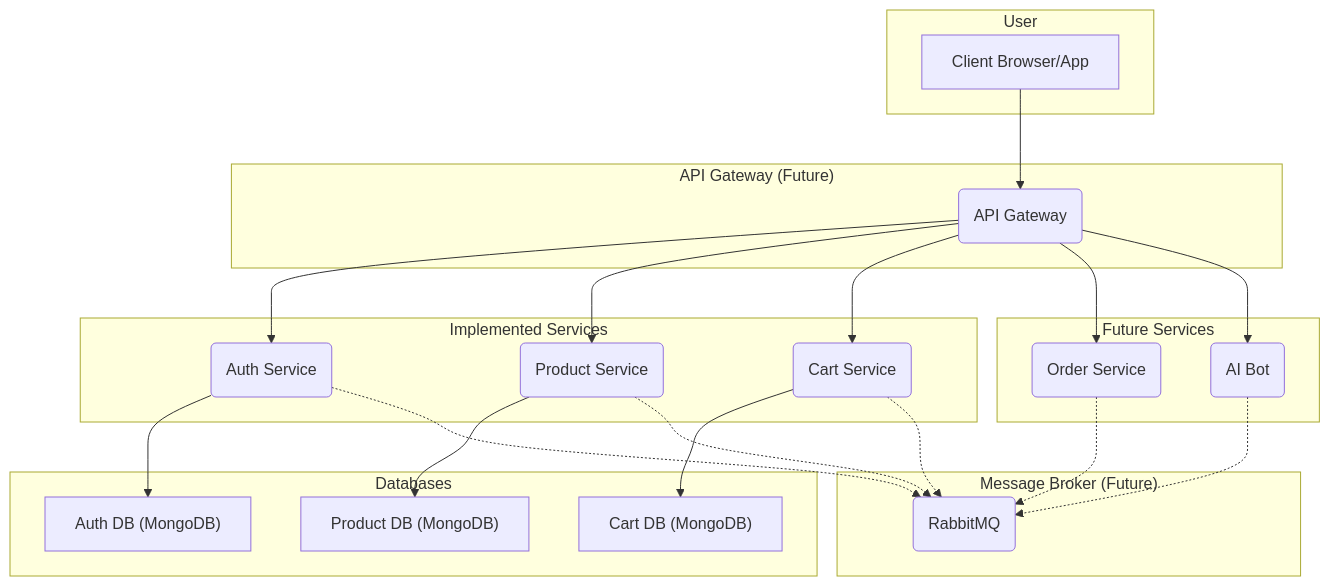
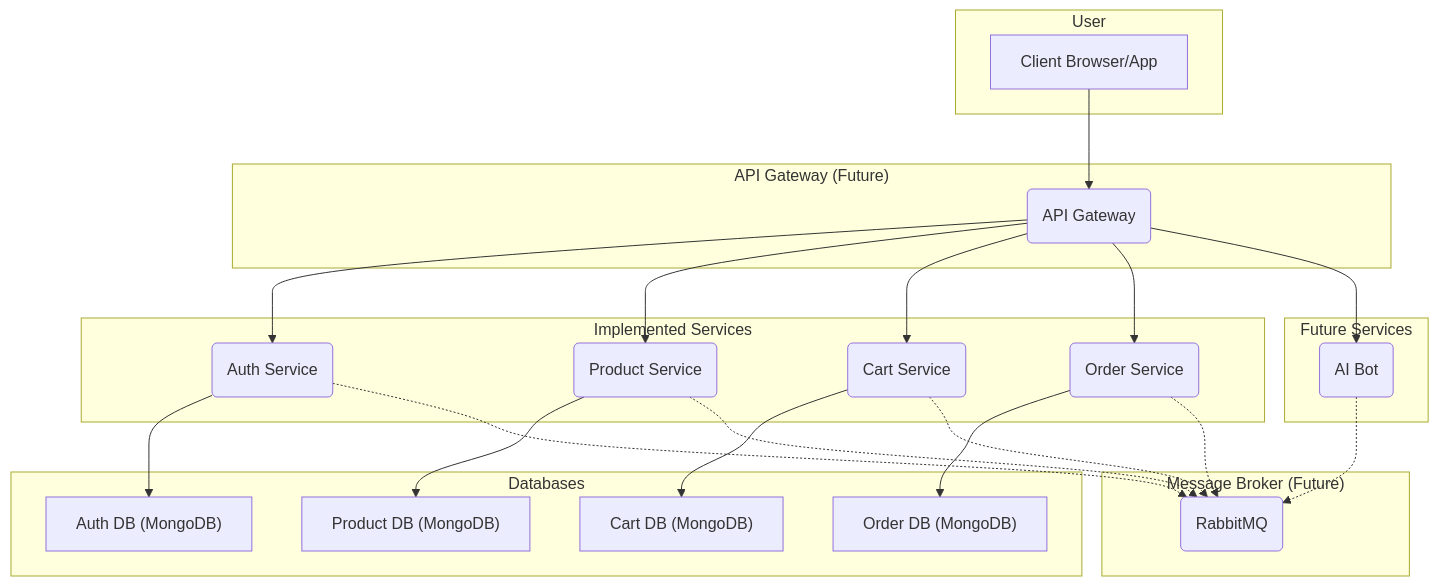
Before and after one commit to priyanshu-samal/microBazaar: the first of 5 diagrams in README.md, drawn with Mermaid. The commit also changed other lines of this file, not shown here.

````diff
--- a/README.md
+++ b/README.md
@@ -30,49 +30,51 @@
 ```mermaid
 graph TD
     subgraph User
         A["Client Browser/App"]
     end
 
     subgraph "API Gateway (Future)"
         B("API Gateway")
     end
 
     subgraph "Implemented Services"
         C("Auth Service")
         D("Product Service")
         E("Cart Service")
+        F("Order Service")
     end
     
     subgraph "Future Services"
-        F("Order Service")
         G("AI Bot")
     end
 
     subgraph "Databases"
         I["Auth DB (MongoDB)"]
         J["Product DB (MongoDB)"]
         K["Cart DB (MongoDB)"]
+        L["Order DB (MongoDB)"]
     end
     
     subgraph "Message Broker (Future)"
         H("RabbitMQ")
     end
 
     A --> B
 
     B --> C
     B --> D
     B --> E
     B --> F
     B --> G
 
     C --> I
     D --> J
     E --> K
+    F --> L
 
     C -.-> H
     D -.-> H
     E -.-> H
     F -.-> H
     G -.-> H
 ```
````
